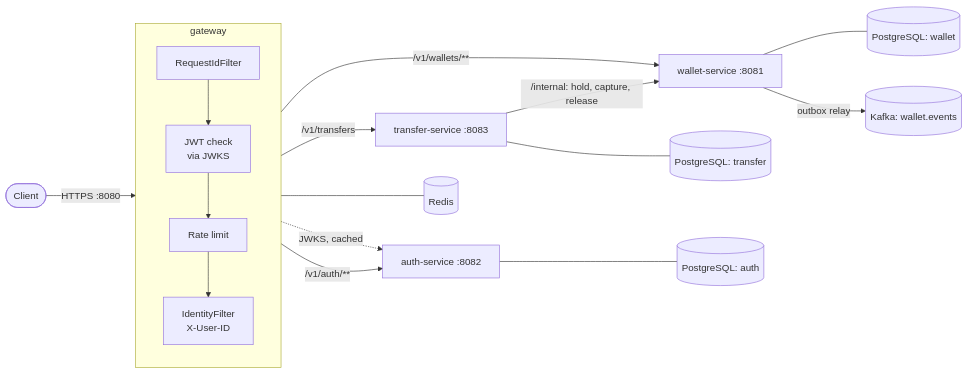
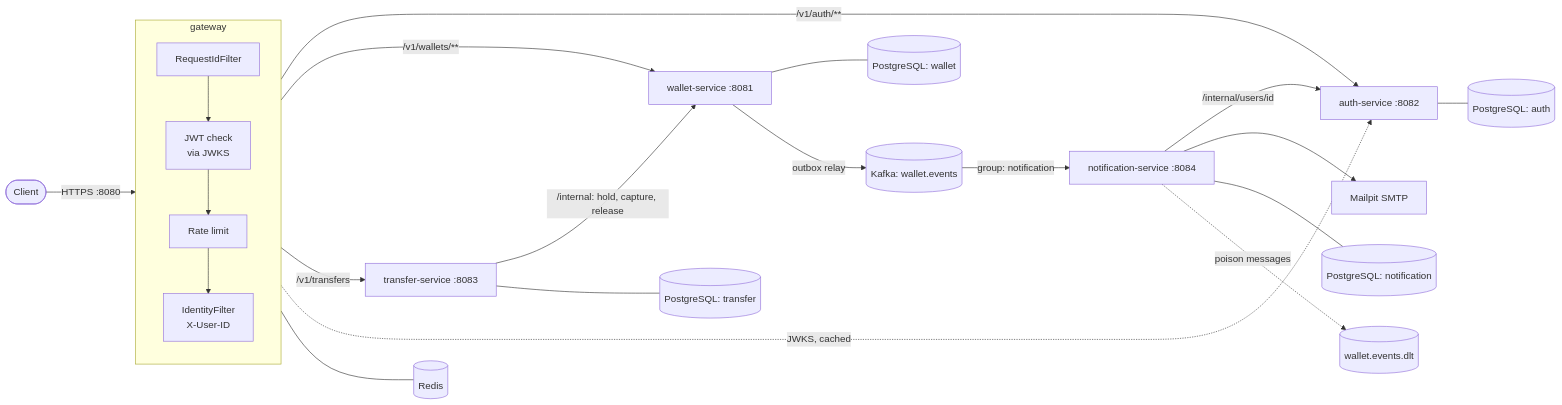
The first of 2 diagrams in docs/architecture.md (Aestheticsuraj234/payments-microservices-springboot), drawn with Mermaid before and after one commit. The commit also changed other lines of this file and 25 other files, not shown here.

First line of the commit message:
feat(notification): a notification service with idempotent consumers, retries and a dead-letter topic

````diff
--- a/docs/architecture.md
+++ b/docs/architecture.md
@@ -11,19 +12,24 @@
 ```mermaid
 flowchart LR
     client([Client]) -->|HTTPS :8080| gw
     subgraph gw[gateway]
         direction TB
         rid[RequestIdFilter] --> sec[JWT check<br/>via JWKS]
         sec --> rl[Rate limit] --> idf[IdentityFilter<br/>X-User-ID]
     end
     gw -->|/v1/auth/**| auth[auth-service :8082]
     gw -->|/v1/wallets/**| wallet[wallet-service :8081]
     gw -->|/v1/transfers| transfer[transfer-service :8083]
     transfer -->|/internal: hold, capture, release| wallet
     transfer --- tdb[(PostgreSQL: transfer)]
     gw -. JWKS, cached .-> auth
     gw --- redis[(Redis)]
     auth --- adb[(PostgreSQL: auth)]
     wallet --- wdb[(PostgreSQL: wallet)]
     wallet -->|outbox relay| kafka[(Kafka: wallet.events)]
+    kafka -->|group: notification| notif[notification-service :8084]
+    notif -->|/internal/users/id| auth
+    notif --> mail[Mailpit SMTP]
+    notif --- ndb[(PostgreSQL: notification)]
+    notif -.->|poison messages| dlt[(wallet.events.dlt)]
 ```
````
